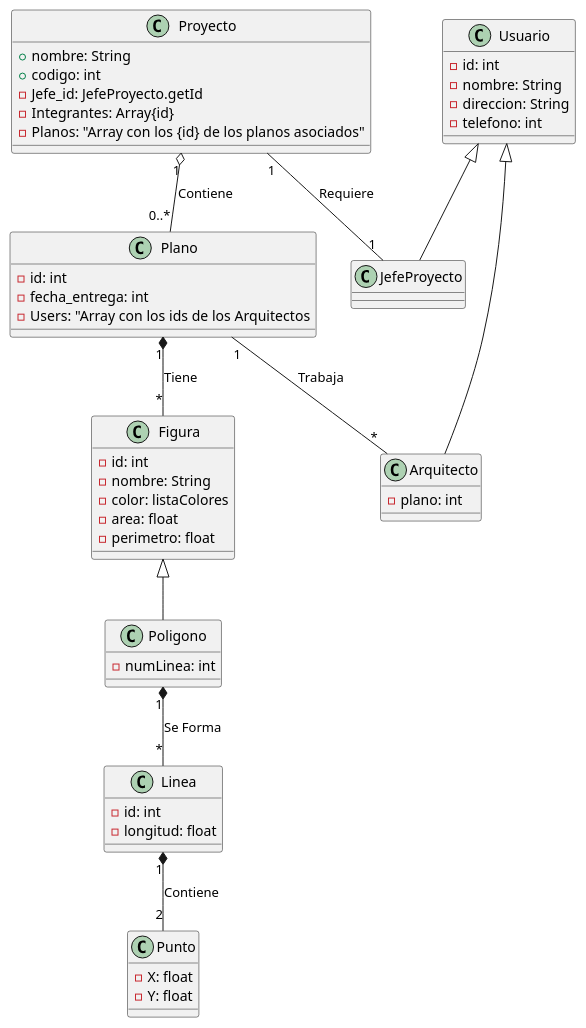
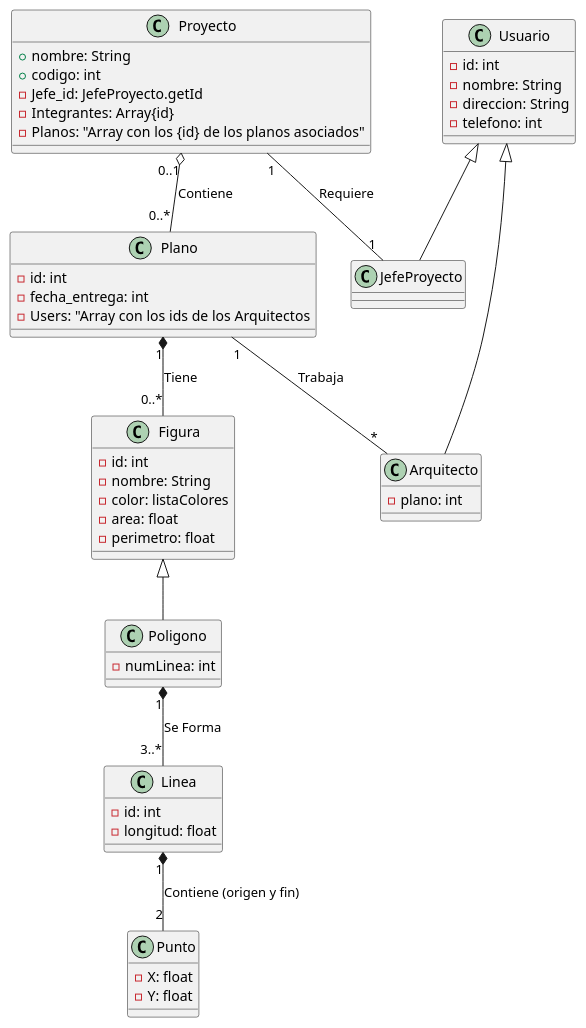
The diagram in UML.puml (Asshess/poo-lab), drawn with PlantUML before and after one commit.

Commit message:
UML Final

```diff
--- a/UML.puml
+++ b/UML.puml
@@ -1,62 +1,62 @@
 @startuml
 
 class Proyecto {
     + nombre: String
     + codigo: int 
     - Jefe_id: JefeProyecto.getId 
     - Integrantes: Array{id}
     - Planos: "Array con los {id} de los planos asociados"
 
 }
 
 class Usuario{
     - id: int 
     - nombre: String 
     - direccion: String 
     - telefono: int 
 }
 
 class Plano{
     - id: int
     - fecha_entrega: int
     - Users: "Array con los ids de los Arquitectos
 }
 
 class Figura{
     - id: int 
     - nombre: String 
     - color: listaColores
     - area: float 
     - perimetro: float 
 }
 
 class JefeProyecto extends Usuario{
 
 }
 
 class Arquitecto extends Usuario{
     - plano: int
 }
 
 class Poligono extends Figura{
     - numLinea: int
 }
 
 class Punto{
     - X: float
     - Y: float
 }
 
 class Linea{
     - id: int 
     - longitud: float 
 }
 
 Proyecto "1" -- "1" JefeProyecto : Requiere
-Proyecto "1" o-- "0..*" Plano : Contiene
-Plano "1" *-- "*" Figura : Tiene
-Poligono "1" *-- "*" Linea : Se Forma
-Linea "1" *-- "2" Punto : Contiene
+Proyecto "0..1" o-- "0..*" Plano : Contiene
+Plano "1" *-- "0..*" Figura : Tiene
+Poligono "1" *-- "3..*" Linea : Se Forma
+Linea "1" *-- "2" Punto : Contiene (origen y fin)
 Plano "1" -- "*" Arquitecto : Trabaja
 
 @enduml
```
